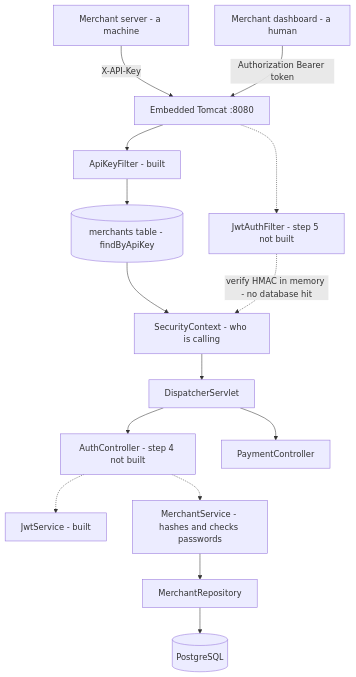
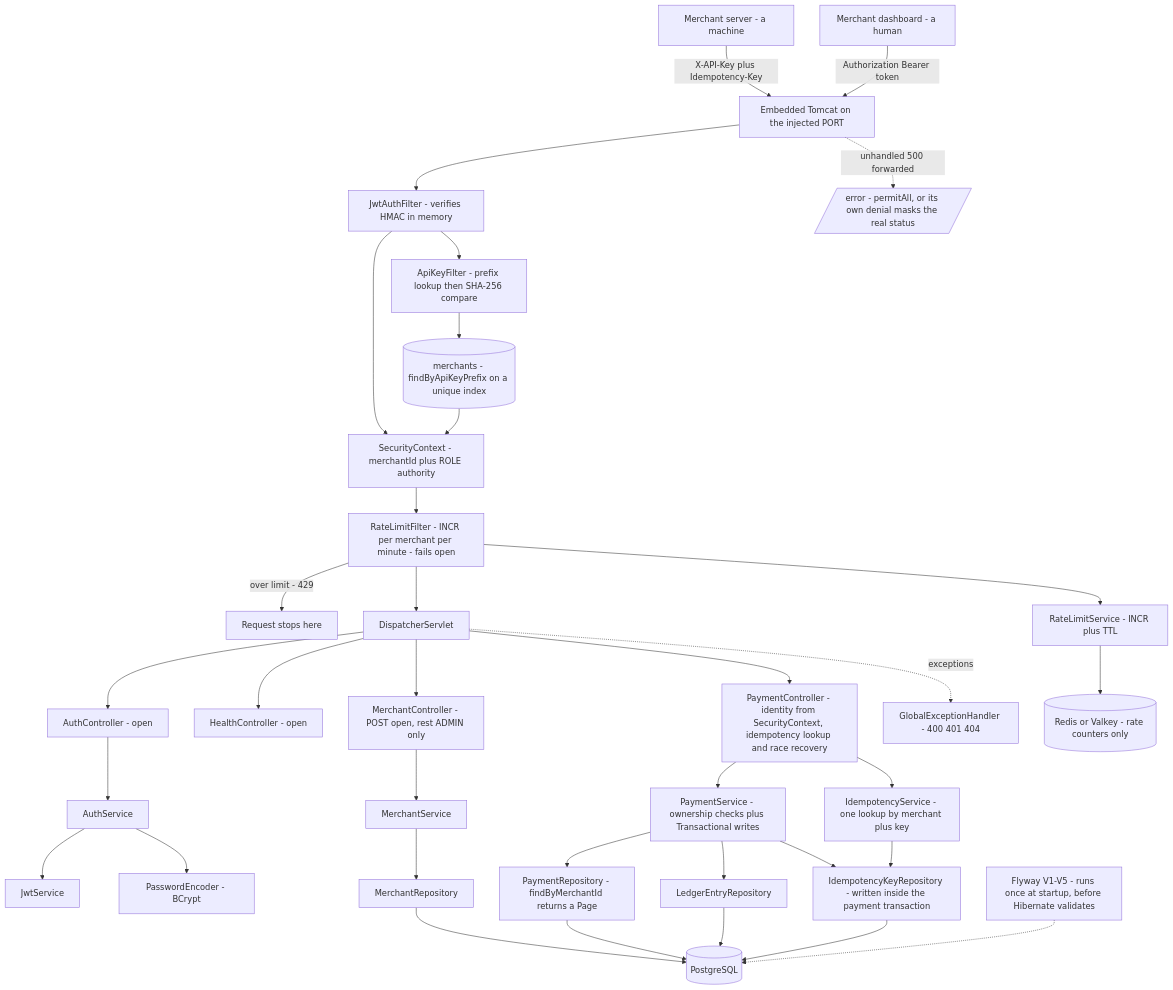
One commit to ARV0007/transakt changed the second of 2 diagrams in docs/architecture.md. Above: the diagram before and after it, drawn with Mermaid. The commit also changed other lines of this file and 5 other files, not shown here.

Commit message:
feat: bank client seam; drop unused Redis wiring from idempotency tests

````diff
--- a/docs/architecture.md
+++ b/docs/architecture.md
@@ -41,17 +27,39 @@
 ```mermaid
 flowchart TD
-  server[Merchant server - a machine] -->|X-API-Key| tomcat[Embedded Tomcat :8080]
-  human[Merchant dashboard - a human] -->|Authorization Bearer token| tomcat
-  tomcat --> akf[ApiKeyFilter - built]
-  tomcat -.-> jaf[JwtAuthFilter - step 5 not built]
-  akf --> lookup[(merchants table - findByApiKey)]
-  lookup --> ctx[SecurityContext - who is calling]
-  jaf -.->|verify HMAC in memory - no database hit| ctx
-  ctx --> dispatcher[DispatcherServlet]
-  dispatcher --> ac[AuthController - step 4 not built]
-  dispatcher --> pc[PaymentController]
-  ac -.-> js[JwtService - built]
-  ac -.-> ms[MerchantService - hashes and checks passwords]
+  server[Merchant server - a machine]
+  human[Merchant dashboard - a human]
+  server -->|X-API-Key plus Idempotency-Key| tomcat[Embedded Tomcat on the injected PORT]
+  human -->|Authorization Bearer token| tomcat
+  tomcat --> jaf[JwtAuthFilter - verifies HMAC in memory]
+  jaf --> akf[ApiKeyFilter - prefix lookup then SHA-256 compare]
+  akf --> lookup[(merchants - findByApiKeyPrefix on a unique index)]
+  jaf --> ctx[SecurityContext - merchantId plus ROLE authority]
+  lookup --> ctx
+  ctx --> rlf[RateLimitFilter - INCR per merchant per minute - fails open]
+  rlf -->|over limit - 429| reject[Request stops here]
+  rlf --> dispatcher[DispatcherServlet]
+  dispatcher --> ac[AuthController - open]
+  dispatcher --> health[HealthController - open]
+  dispatcher --> mc[MerchantController - POST open, rest ADMIN only]
+  dispatcher --> pc[PaymentController - identity from SecurityContext, idempotency lookup and race recovery]
+  dispatcher -.->|exceptions| geh[GlobalExceptionHandler - 400 401 404]
+  tomcat -.->|unhandled 500 forwarded| err[/error - permitAll, or its own denial masks the real status/]
+  pc --> idem[IdempotencyService - one lookup by merchant plus key]
+  rlf --> rate[RateLimitService - INCR plus TTL]
+  rate --> redis[(Redis or Valkey - rate counters only)]
+  ac --> as[AuthService]
+  as --> js[JwtService]
+  as --> pe[PasswordEncoder - BCrypt]
+  mc --> ms[MerchantService]
+  pc --> ps[PaymentService - ownership checks plus Transactional writes]
   ms --> mr[MerchantRepository]
+  ps --> pr[PaymentRepository - findByMerchantId returns a Page]
+  ps --> lr[LedgerEntryRepository]
+  ps --> ikr[IdempotencyKeyRepository - written inside the payment transaction]
+  idem --> ikr
   mr --> db[(PostgreSQL)]
+  pr --> db
+  lr --> db
+  ikr --> db
+  flyway[Flyway V1-V5 - runs once at startup, before Hibernate validates] -.-> db
 ```
````
